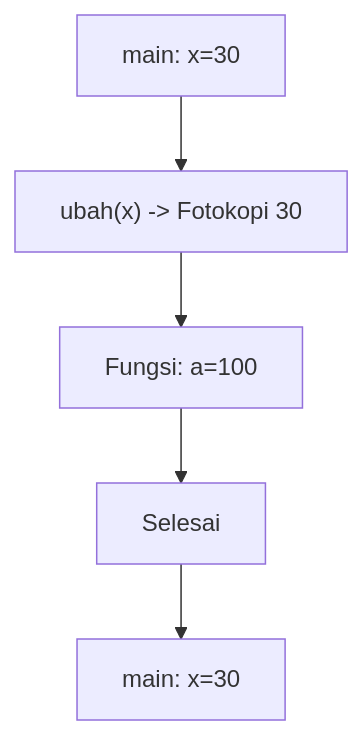
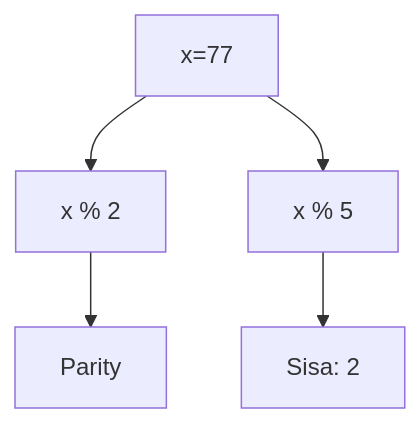
One commit to amnahwaida/OSNK_INF_PREP changed the second of 25 diagrams in part-c-pemahaman-cpp/04-fungsi/latihan/set-06.md. Above: the diagram before and after it, drawn with Mermaid. The commit also changed other lines of this file and 71 other files, not shown here.

````diff
--- a/part-c-pemahaman-cpp/04-fungsi/latihan/set-06.md
+++ b/part-c-pemahaman-cpp/04-fungsi/latihan/set-06.md
@@ -91,7 +54,7 @@
 ```mermaid
 graph TD
-    A[main: x=30] --> B["ubah(x) -> Fotokopi 30"]
-    B --> C[Fungsi: a=100]
-    C --> D[Selesai]
-    D --> E[main: x=30]
+A[x=77] --> B[x % 2]
+B --> C[Parity]
+A --> D[x % 5]
+D --> E[Sisa: 2]
 ```
````
